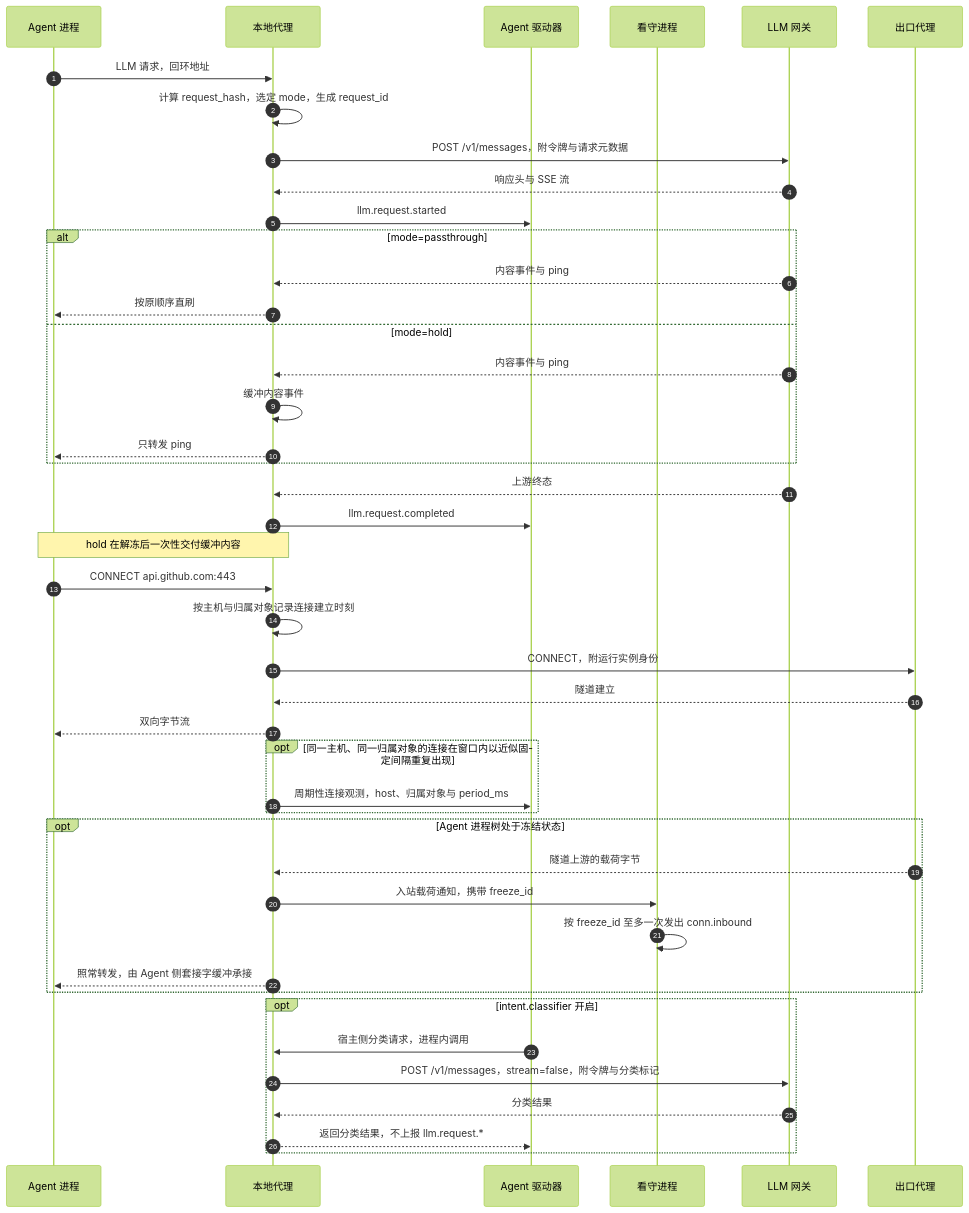
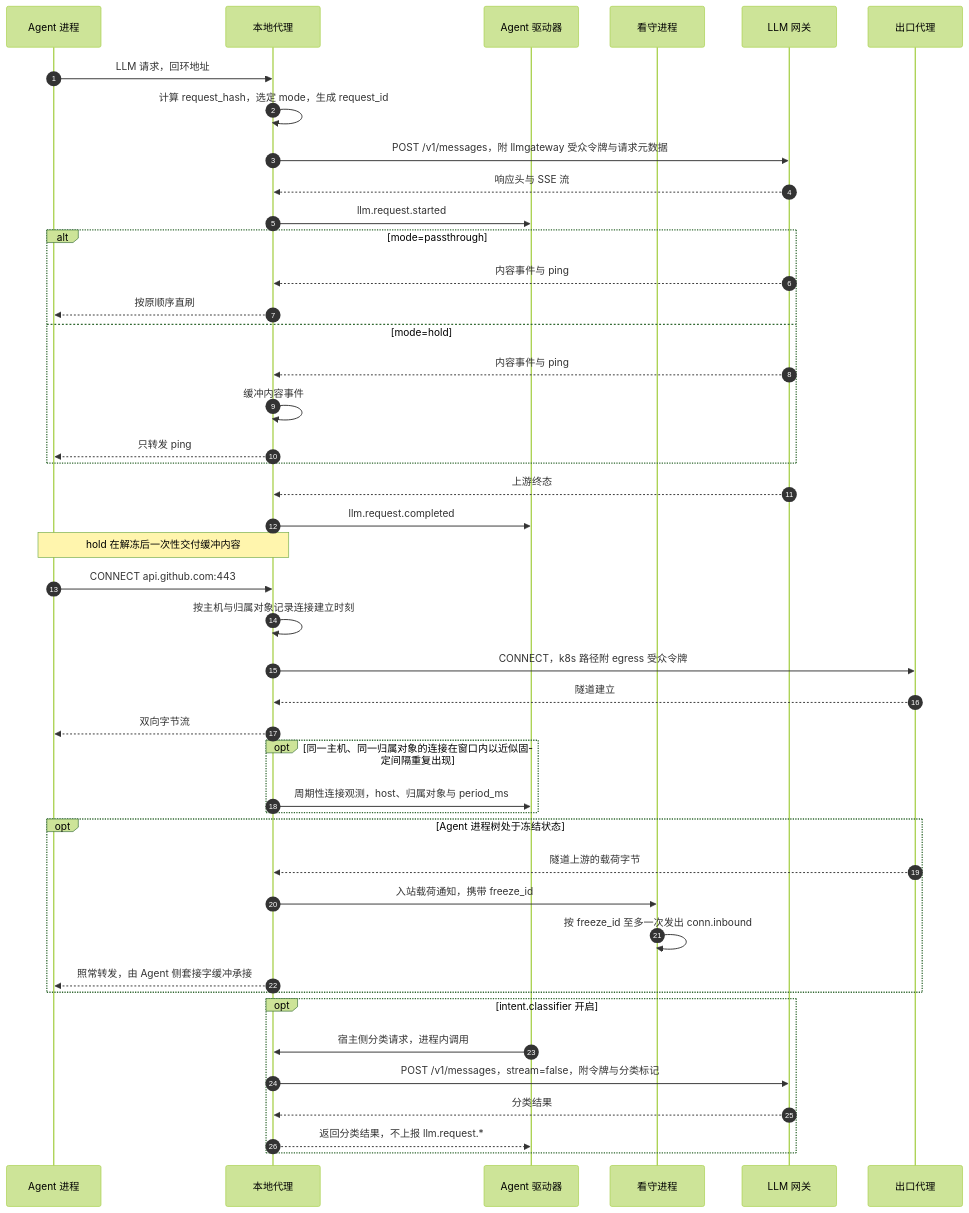
Before and after one commit to wangzw/castworks: the second of 2 diagrams in docs/design/modules/warden/design-warden-llmproxy.md, drawn with Mermaid (forest theme). The commit also changed other lines of this file and 29 other files, not shown here.

````diff
--- a/docs/design/modules/warden/design-warden-llmproxy.md
+++ b/docs/design/modules/warden/design-warden-llmproxy.md
@@ -172,46 +175,46 @@
 ```mermaid
 sequenceDiagram
     autonumber
     participant A as Agent 进程
     participant P as 本地代理
     participant D as Agent 驱动器
     participant W as 看守进程
     participant G as LLM 网关
     participant E as 出口代理
     A->>P: LLM 请求，回环地址
     P->>P: 计算 request_hash，选定 mode，生成 request_id
-    P->>G: POST /v1/messages，附令牌与请求元数据
+    P->>G: POST /v1/messages，附 llmgateway 受众令牌与请求元数据
     G-->>P: 响应头与 SSE 流
     P->>D: llm.request.started
     alt mode=passthrough
         G-->>P: 内容事件与 ping
         P-->>A: 按原顺序直刷
     else mode=hold
         G-->>P: 内容事件与 ping
         P->>P: 缓冲内容事件
         P-->>A: 只转发 ping
     end
     G-->>P: 上游终态
     P->>D: llm.request.completed
     Note over P,A: hold 在解冻后一次性交付缓冲内容
     A->>P: CONNECT api.github.com:443
     P->>P: 按主机与归属对象记录连接建立时刻
-    P->>E: CONNECT，附运行实例身份
+    P->>E: CONNECT，k8s 路径附 egress 受众令牌
     E-->>P: 隧道建立
     P-->>A: 双向字节流
     opt 同一主机、同一归属对象的连接在窗口内以近似固定间隔重复出现
         P->>D: 周期性连接观测，host、归属对象与 period_ms
     end
     opt Agent 进程树处于冻结状态
         E-->>P: 隧道上游的载荷字节
         P->>W: 入站载荷通知，携带 freeze_id
         W->>W: 按 freeze_id 至多一次发出 conn.inbound
         P-->>A: 照常转发，由 Agent 侧套接字缓冲承接
     end
     opt intent.classifier 开启
         D->>P: 宿主侧分类请求，进程内调用
         P->>G: POST /v1/messages，stream=false，附令牌与分类标记
         G-->>P: 分类结果
         P-->>D: 返回分类结果，不上报 llm.request.*
     end
 ```
````
